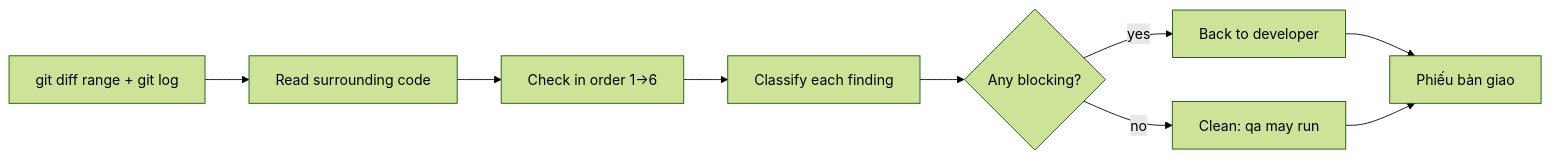
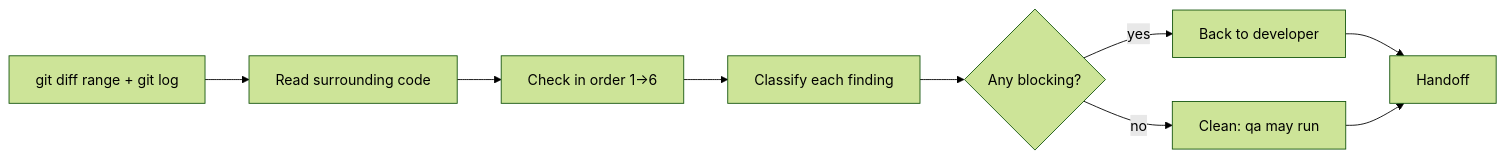
The diagram in agents/code-reviewer.md (Tuan-Quyen/technical-teams), drawn with Mermaid (forest theme) before and after one commit. The commit also changed 37 other files, not shown here.

````diff
--- a/agents/code-reviewer.md
+++ b/agents/code-reviewer.md
@@ -24,11 +24,11 @@
 ```mermaid
 flowchart LR
   A[git diff range + git log] --> B[Read surrounding code]
   B --> C[Check in order 1→6]
   C --> D[Classify each finding]
   D --> E{Any blocking?}
   E -- yes --> F[Back to developer]
   E -- no --> G[Clean: qa may run]
-  F --> H[Phiếu bàn giao]
+  F --> H[Handoff]
   G --> H
 ```
````
